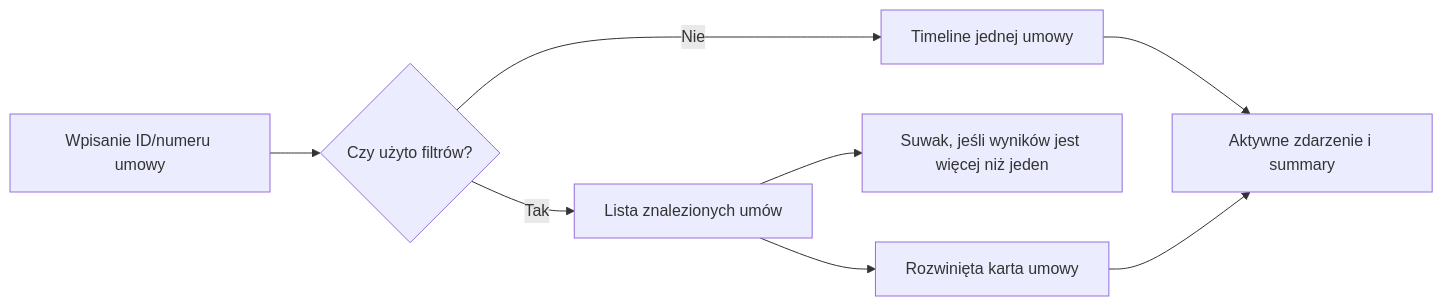
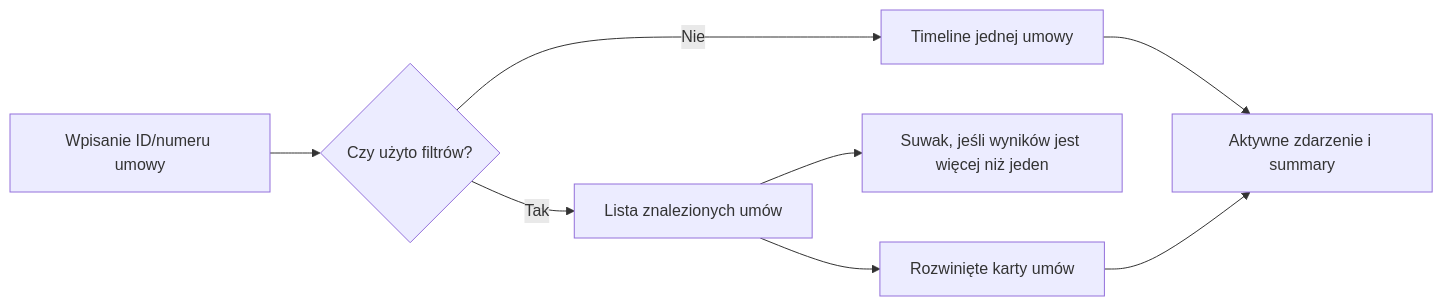
Before and after one commit to michmakow/publink-senior-product-engineer-task: the first of 2 diagrams in docs/04-mvp-definition.md, drawn with Mermaid. The commit also changed other lines of this file and 12 other files, not shown here.

````diff
--- a/docs/04-mvp-definition.md
+++ b/docs/04-mvp-definition.md
@@ -21,10 +21,10 @@
 ```mermaid
 flowchart LR
     A[Wpisanie ID/numeru umowy] --> B{Czy użyto filtrów?}
     B -->|Nie| C[Timeline jednej umowy]
     B -->|Tak| D[Lista znalezionych umów]
     D --> E[Suwak, jeśli wyników jest więcej niż jeden]
-    D --> F[Rozwinięta karta umowy]
+    D --> F[Rozwinięte karty umów]
     C --> G[Aktywne zdarzenie i summary]
     F --> G
 ```
````
